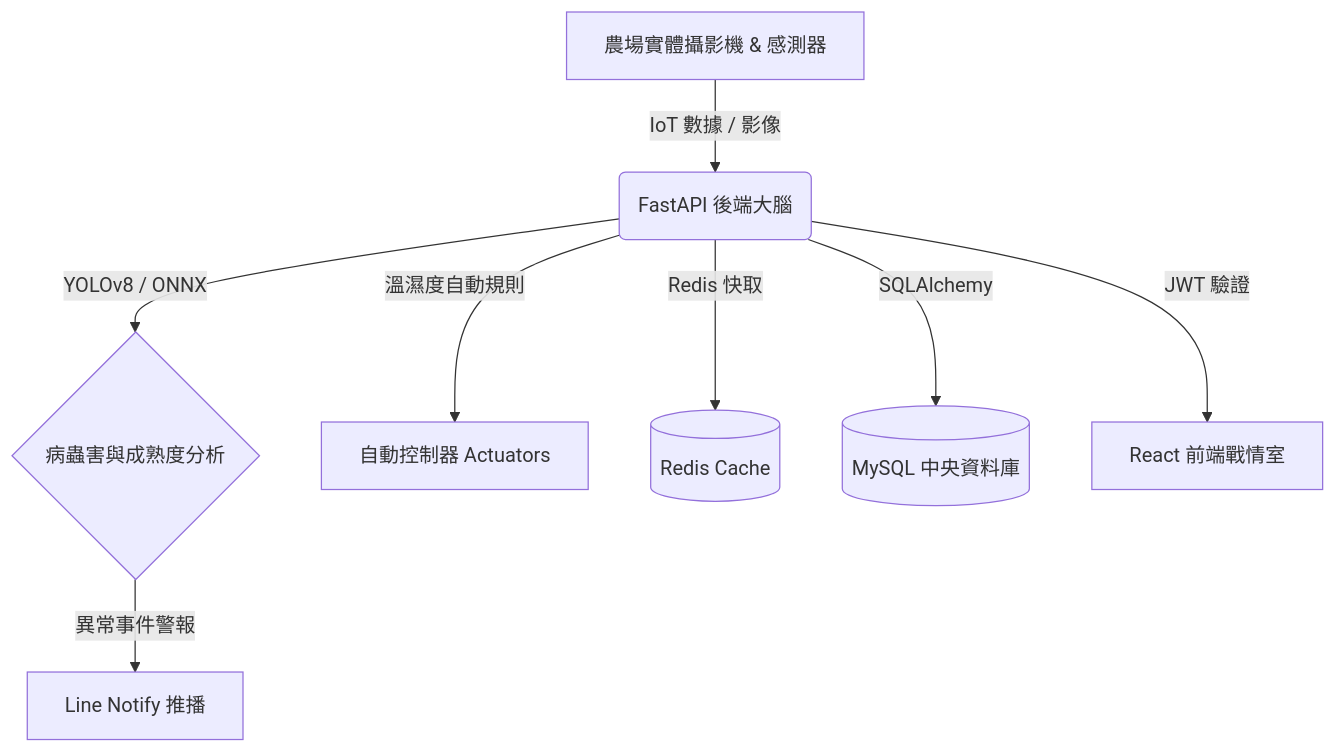
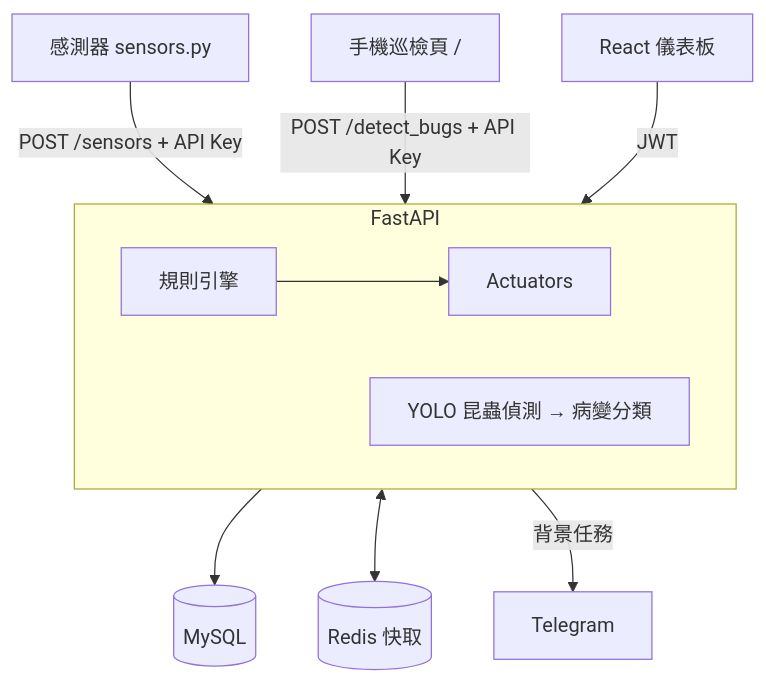
One commit to Albertchiang40210/smart_eco_farm changed the diagram in README.md. Above: the diagram before and after it, drawn with Mermaid. The commit also changed other lines of this file and 30 other files, not shown here.

````diff
--- a/README.md
+++ b/README.md
@@ -27,10 +31,13 @@
 ```mermaid
-graph TD;
-    A[農場實體攝影機 & 感測器] -->|IoT 數據 / 影像| B(FastAPI 後端大腦)
-    B -->|YOLOv8 / ONNX| C{病蟲害與成熟度分析}
-    B -->|溫濕度自動規則| D[自動控制器 Actuators]
-    B -->|Redis 快取| E[(Redis Cache)]
-    B -->|SQLAlchemy| F[(MySQL 中央資料庫)]
-    B -->|JWT 驗證| G[React 前端戰情室]
-    C -->|異常事件警報| H[Line Notify 推播]
+graph TD
+    S[感測器 sensors.py] -->|POST /sensors + API Key| API
+    M[手機巡檢頁 /] -->|POST /detect_bugs + API Key| API
+    D[React 儀表板] -->|JWT| API
+    subgraph API[FastAPI]
+        R[規則引擎] --> ACT[Actuators]
+        INF[YOLO 昆蟲偵測 → 病變分類]
+    end
+    API --> DB[(MySQL)]
+    API <--> RC[(Redis 快取)]
+    API -->|背景任務| TG[Telegram]
 ```
````
